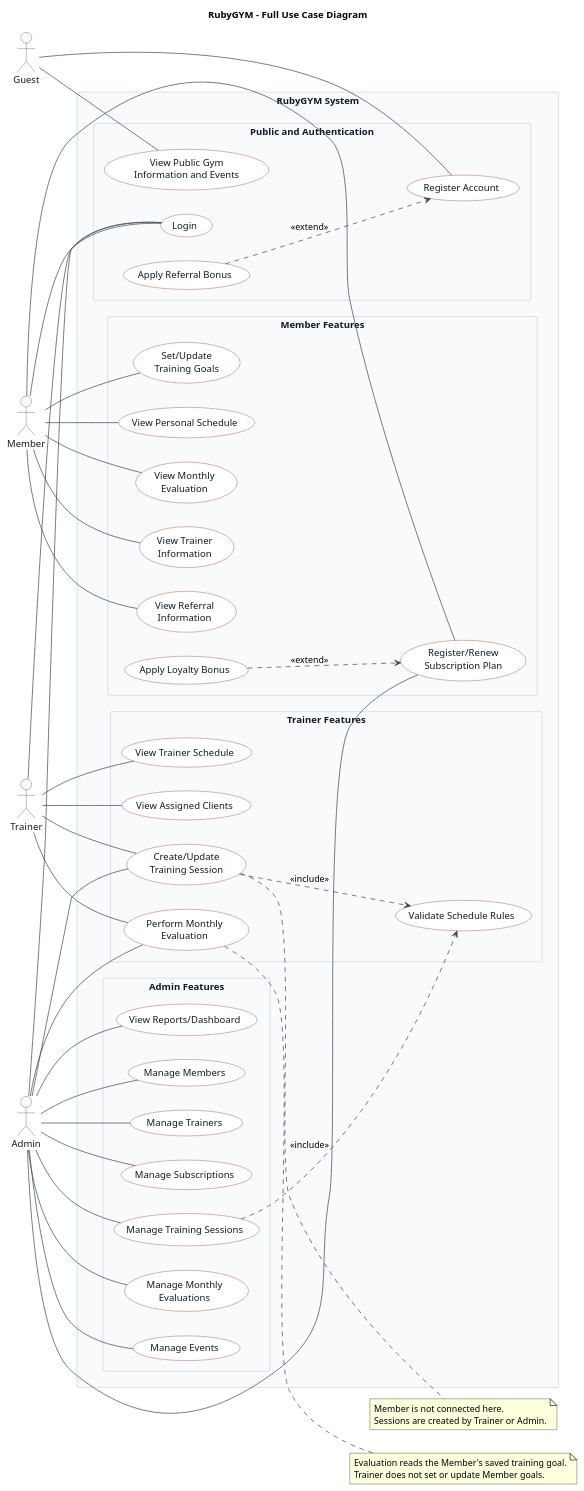
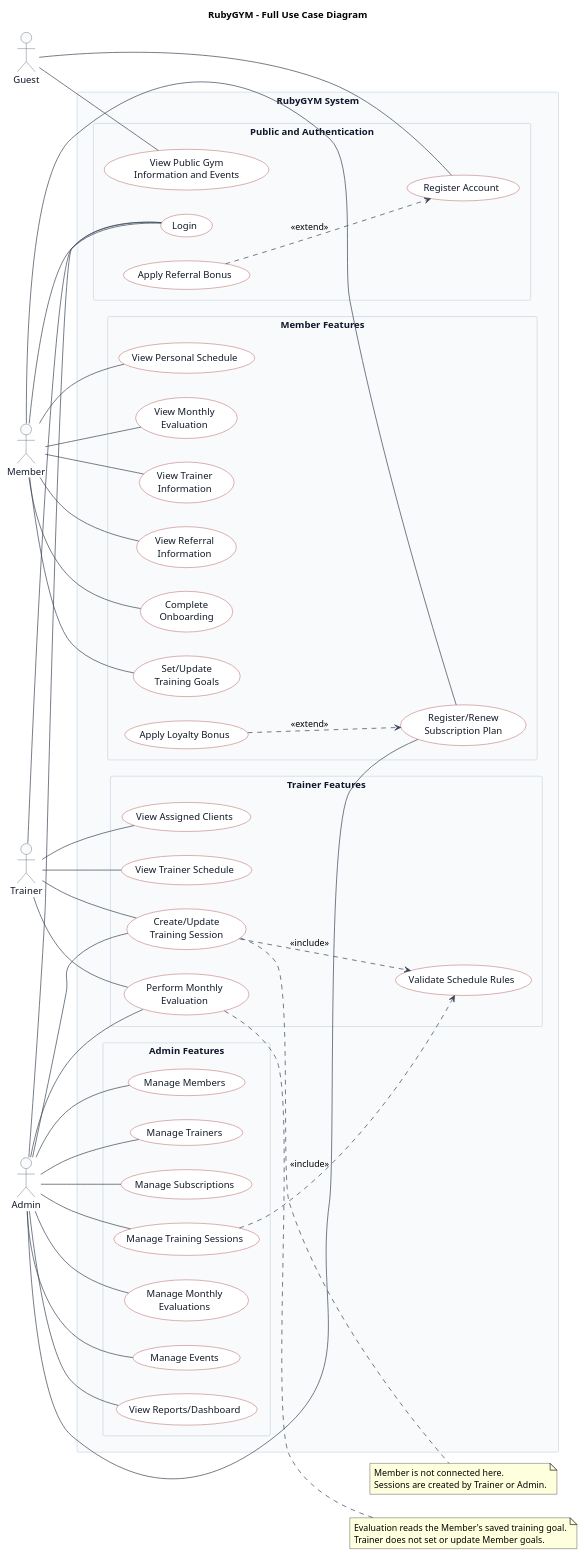
One commit to vuvannam-sec/rubygym changed the diagram in docs/diagrams/usecase-full-simplified.puml. Above: the diagram before and after it, drawn with PlantUML. The commit also changed 161 other files, not shown here.

First line of the commit message:
Refactor: consolidate member-owned training goal, dark ruby gym UI, data-driven dashboards, synced SE docs/diagrams, security CI quality gate

```diff
--- a/docs/diagrams/usecase-full-simplified.puml
+++ b/docs/diagrams/usecase-full-simplified.puml
@@ -1,117 +1,119 @@
 @startuml
 title RubyGYM - Full Use Case Diagram
 
 left to right direction
 skinparam shadowing false
 skinparam packageStyle rectangle
 skinparam backgroundColor #FFFFFF
 skinparam defaultFontName Arial
 skinparam ArrowColor #374151
 skinparam actor {
   BorderColor #334155
   BackgroundColor #F8FAFC
   FontColor #0F172A
 }
 skinparam rectangle {
   BorderColor #991B1B
   BackgroundColor #FFFFFF
   FontColor #0F172A
 }
 skinparam package {
   BorderColor #CBD5E1
   BackgroundColor #F8FAFC
   FontColor #0F172A
 }
 skinparam usecase {
   BorderColor #991B1B
   BackgroundColor #FFFFFF
   FontColor #111827
 }
 
 actor "Guest" as Guest
 actor "Member" as Member
 actor "Trainer" as Trainer
 actor "Admin" as Admin
 
 rectangle "RubyGYM System" {
   package "Public and Authentication" {
     usecase "View Public Gym\nInformation and Events" as UC_PublicInfo
     usecase "Register Account" as UC_RegisterAccount
     usecase "Login" as UC_Login
     usecase "Apply Referral Bonus" as UC_ApplyReferral
   }
 
   package "Member Features" {
+    usecase "Complete\nOnboarding" as UC_CompleteOnboarding
     usecase "Set/Update\nTraining Goals" as UC_SetGoals
     usecase "View Personal Schedule" as UC_ViewPersonalSchedule
     usecase "Register/Renew\nSubscription Plan" as UC_RegisterRenewSubscription
     usecase "View Monthly\nEvaluation" as UC_ViewEvaluation
     usecase "View Trainer\nInformation" as UC_ViewTrainerInfo
     usecase "View Referral\nInformation" as UC_ViewReferralInfo
     usecase "Apply Loyalty Bonus" as UC_ApplyLoyalty
   }
 
   package "Trainer Features" {
     usecase "View Assigned Clients" as UC_ViewAssignedClients
     usecase "View Trainer Schedule" as UC_ViewTrainerSchedule
     usecase "Create/Update\nTraining Session" as UC_CreateUpdateSession
     usecase "Validate Schedule Rules" as UC_ValidateScheduleRules
     usecase "Perform Monthly\nEvaluation" as UC_PerformEvaluation
   }
 
   package "Admin Features" {
     usecase "Manage Members" as UC_ManageMembers
     usecase "Manage Trainers" as UC_ManageTrainers
     usecase "Manage Subscriptions" as UC_ManageSubscriptions
     usecase "Manage Training Sessions" as UC_ManageTrainingSessions
     usecase "Manage Monthly\nEvaluations" as UC_ManageEvaluations
     usecase "Manage Events" as UC_ManageEvents
     usecase "View Reports/Dashboard" as UC_ViewReports
   }
 }
 
 Guest -- UC_PublicInfo
 Guest -- UC_RegisterAccount
 
 Member -- UC_Login
+Member -- UC_CompleteOnboarding
 Member -- UC_SetGoals
 Member -- UC_ViewPersonalSchedule
 Member -- UC_RegisterRenewSubscription
 Member -- UC_ViewEvaluation
 Member -- UC_ViewTrainerInfo
 Member -- UC_ViewReferralInfo
 
 Trainer -- UC_Login
 Trainer -- UC_ViewAssignedClients
 Trainer -- UC_ViewTrainerSchedule
 Trainer -- UC_CreateUpdateSession
 Trainer -- UC_PerformEvaluation
 
 Admin -- UC_Login
 Admin -- UC_ManageMembers
 Admin -- UC_ManageTrainers
 Admin -- UC_ManageSubscriptions
 Admin -- UC_ManageTrainingSessions
 Admin -- UC_ManageEvaluations
 Admin -- UC_ManageEvents
 Admin -- UC_ViewReports
 Admin -- UC_RegisterRenewSubscription
 Admin -- UC_CreateUpdateSession
 Admin -- UC_PerformEvaluation
 
 UC_ApplyReferral ..> UC_RegisterAccount : <<extend>>
 UC_ApplyLoyalty ..> UC_RegisterRenewSubscription : <<extend>>
 UC_CreateUpdateSession ..> UC_ValidateScheduleRules : <<include>>
 UC_ManageTrainingSessions ..> UC_ValidateScheduleRules : <<include>>
 
 note right of UC_CreateUpdateSession
 Member is not connected here.
 Sessions are created by Trainer or Admin.
 end note
 
 note right of UC_PerformEvaluation
 Evaluation reads the Member's saved training goal.
 Trainer does not set or update Member goals.
 end note
 
 @enduml
```
